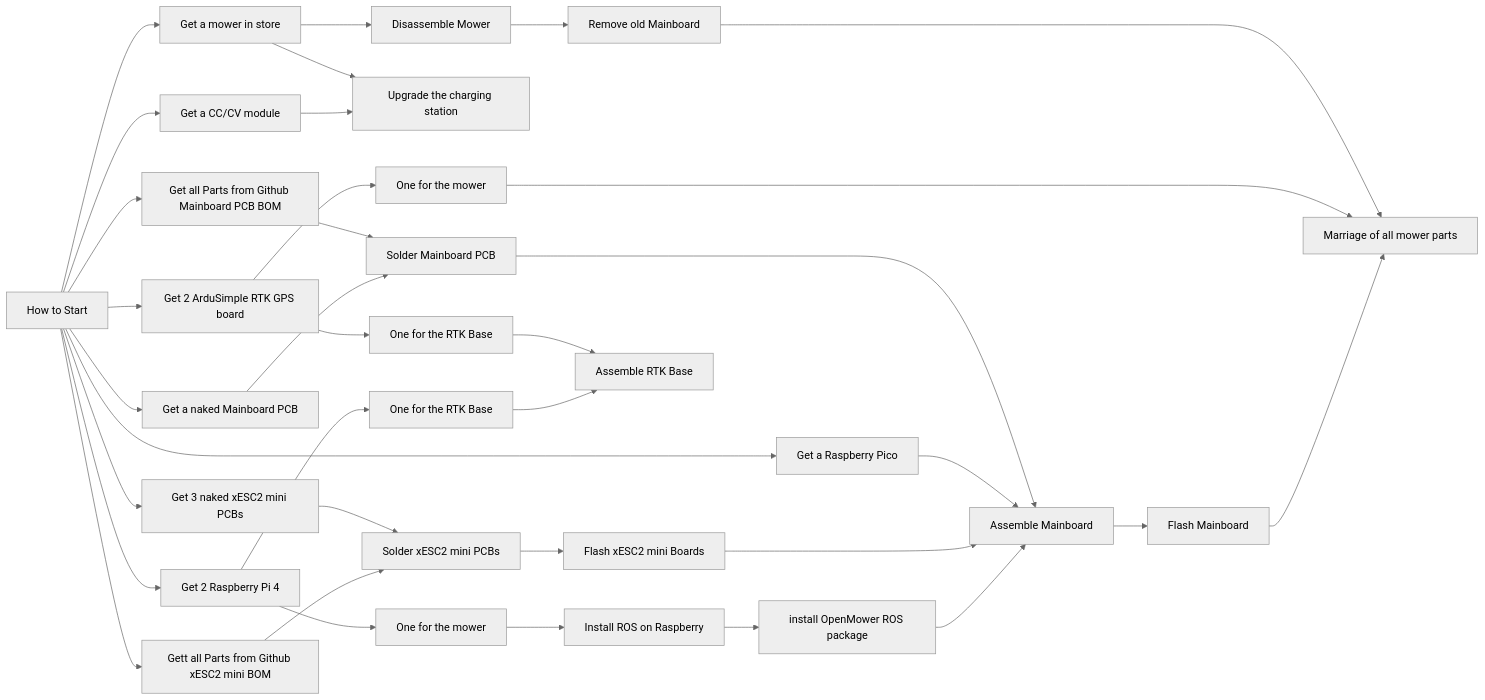
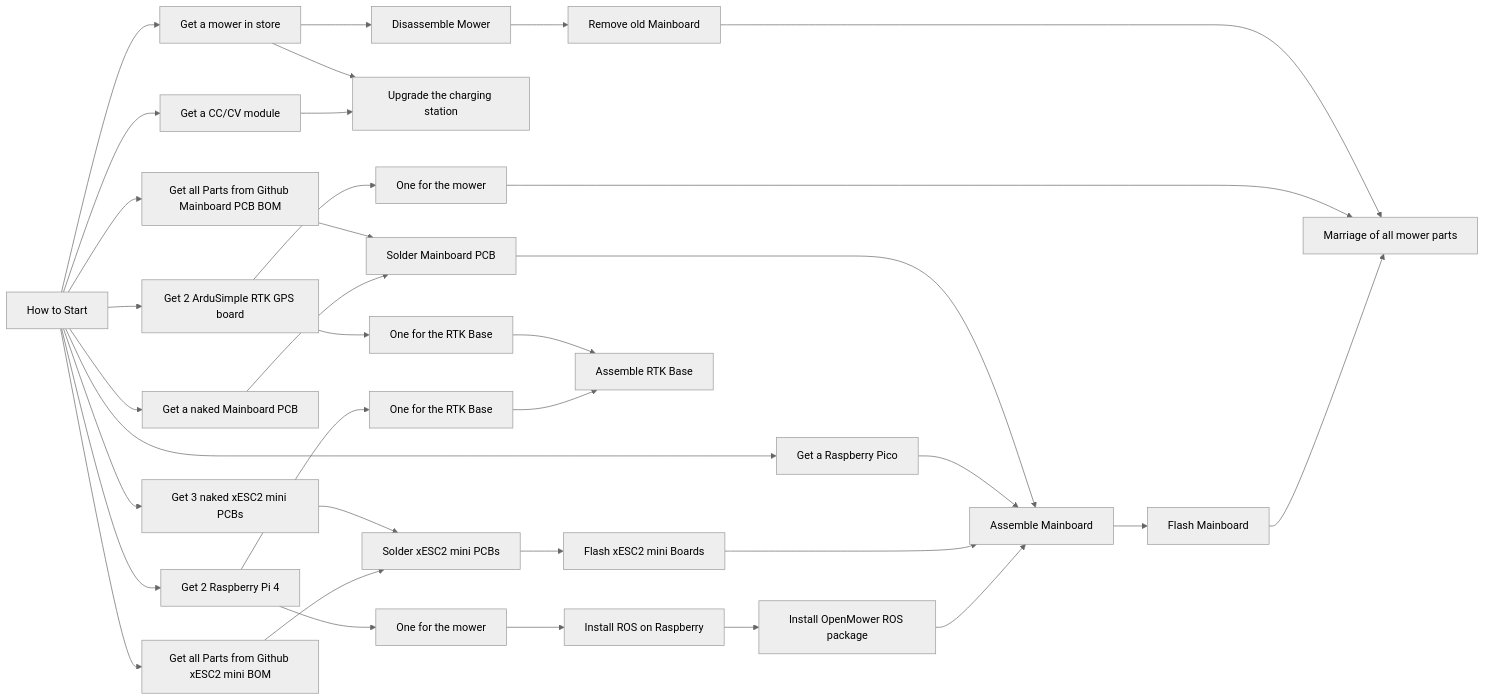
One commit to ClemensElflein/OpenMower changed the diagram in docs/diagram.md. Above: the diagram before and after it, drawn with Mermaid (neutral theme). The commit also changed 1 other file, not shown here.

Commit message:
fix mini typos

````diff
--- a/docs/diagram.md
+++ b/docs/diagram.md
@@ -7,48 +7,48 @@
 ```mermaid
   graph LR;
       id1[How to Start]-->id2[Get a mower in store];
       id2-->id14[Disassemble Mower];
       id14-->id15[Remove old Mainboard];
       
       id2-->id22[Upgrade the charging station];
       id1-->id23[Get a CC/CV module];
       id23-->id22;
       
       id1-->id3[Get a naked Mainboard PCB];
       
       id1-->id4[Get 3 naked xESC2 mini PCBs];
-      id1-->id11[Gett all Parts from Github xESC2 mini BOM];
+      id1-->id11[Get all Parts from Github xESC2 mini BOM];
       id1-->id5[Get 2 ArduSimple RTK GPS board];
       id1-->id6[Get 2 Raspberry Pi 4];
       id1-->id7[Get a Raspberry Pico];
       id1-->id9;
 
       id6-->id21[One for the mower];
       id8-->id10[Assemble Mainboard];
       
       id4-->id12[Solder xESC2 mini PCBs];
       id11-->id12;
       id12-->id13[Flash xESC2 mini Boards];
       id7-->id10;
       id13-->id10;
       
       
       id15-->id16[Marriage of all mower parts];
       id10-->id18;
       id5-->id17[One for the mower];
       id17-->id16;
       id18[Flash Mainboard]-->id16;
      
-      id19[Install ROS on Raspberry]-->id20[install OpenMower ROS package];
+      id19[Install ROS on Raspberry]-->id20[Install OpenMower ROS package];
       id21-->id19;
       id20-->id10;
       
 
       id5-->id24[One for the RTK Base];
       id6-->id25[One for the RTK Base];
       id24-->id26[Assemble RTK Base];
       id25-->id26[Assemble RTK Base];
       
       id9[Get all Parts from Github Mainboard PCB BOM]-->id8;
       id3-->id8[Solder Mainboard PCB];
 ```
````
